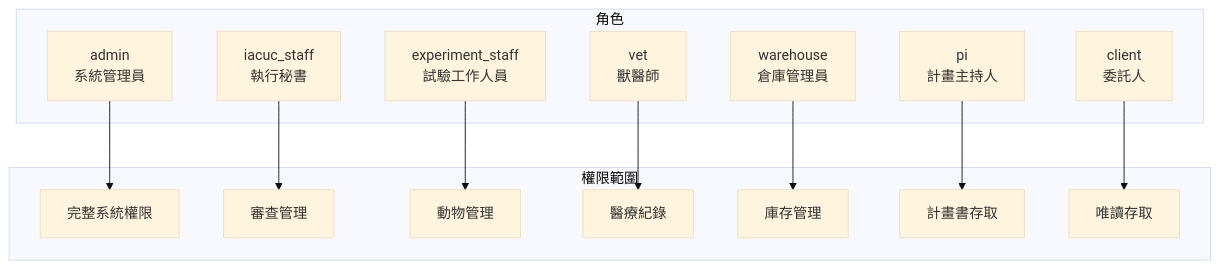
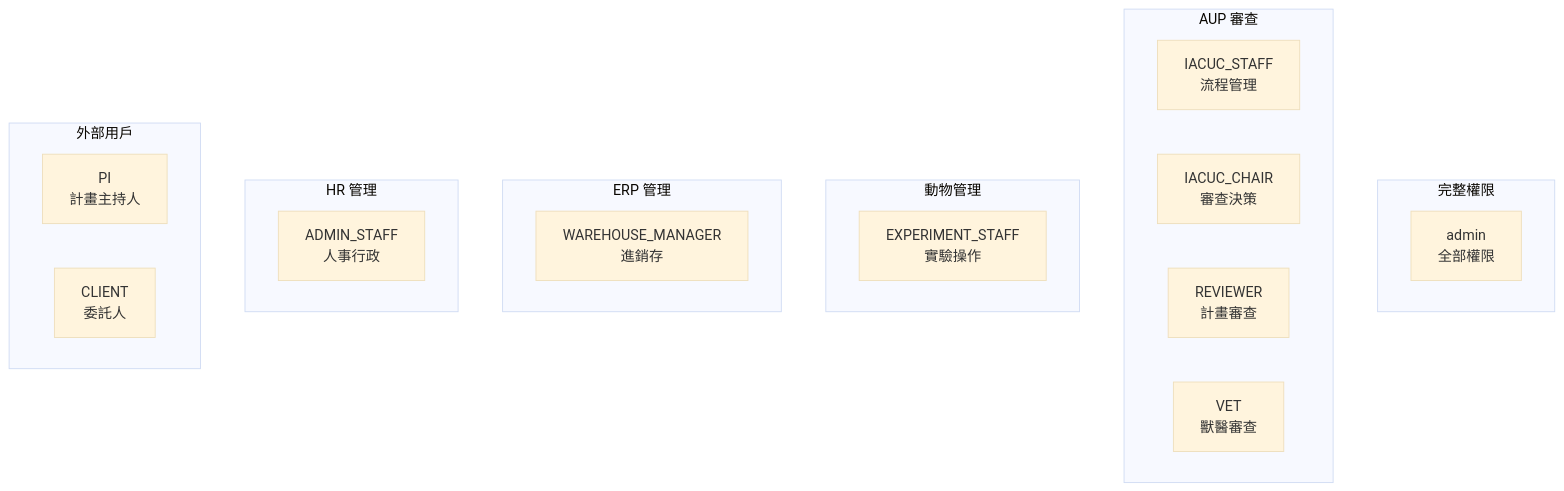
One commit to delightening/ipig_system changed the second of 2 diagrams in Profiling_Spec/06_PERMISSIONS_RBAC.md. Above: the diagram before and after it, drawn with Mermaid (base theme). The commit also changed other lines of this file and 11 other files, not shown here.

````diff
--- a/Profiling_Spec/06_PERMISSIONS_RBAC.md
+++ b/Profiling_Spec/06_PERMISSIONS_RBAC.md
@@ -41,30 +44,30 @@
 ```mermaid
 graph TD
-    subgraph Roles[角色]
-        admin[admin<br>系統管理員]
-        iacuc[iacuc_staff<br>執行秘書]
-        exp[experiment_staff<br>試驗工作人員]
-        vet[vet<br>獸醫師]
-        warehouse[warehouse<br>倉庫管理員]
-        pi[pi<br>計畫主持人]
-        client[client<br>委託人]
+    subgraph 完整權限
+        A[admin<br/>全部權限]
     end
     
-    subgraph Scope[權限範圍]
-        full[完整系統權限]
-        review[審查管理]
-        animal[動物管理]
-        vetmed[醫療紀錄]
-        inv[庫存管理]
-        protocol[計畫書存取]
-        viewonly[唯讀存取]
+    subgraph AUP 審查
+        IACUC[IACUC_STAFF<br/>流程管理]
+        CHAIR[IACUC_CHAIR<br/>審查決策]
+        REV[REVIEWER<br/>計畫審查]
+        VET_R[VET<br/>獸醫審查]
     end
     
-    admin --> full
-    iacuc --> review
-    exp --> animal
-    vet --> vetmed
-    warehouse --> inv
-    pi --> protocol
-    client --> viewonly
+    subgraph 動物管理
+        EXP[EXPERIMENT_STAFF<br/>實驗操作]
+    end
+    
+    subgraph ERP 管理
+        WH[WAREHOUSE_MANAGER<br/>進銷存]
+    end
+    
+    subgraph HR 管理
+        ADM[ADMIN_STAFF<br/>人事行政]
+    end
+    
+    subgraph 外部用戶
+        PI_R[PI<br/>計畫主持人]
+        CL[CLIENT<br/>委託人]
+    end
 ```
````
